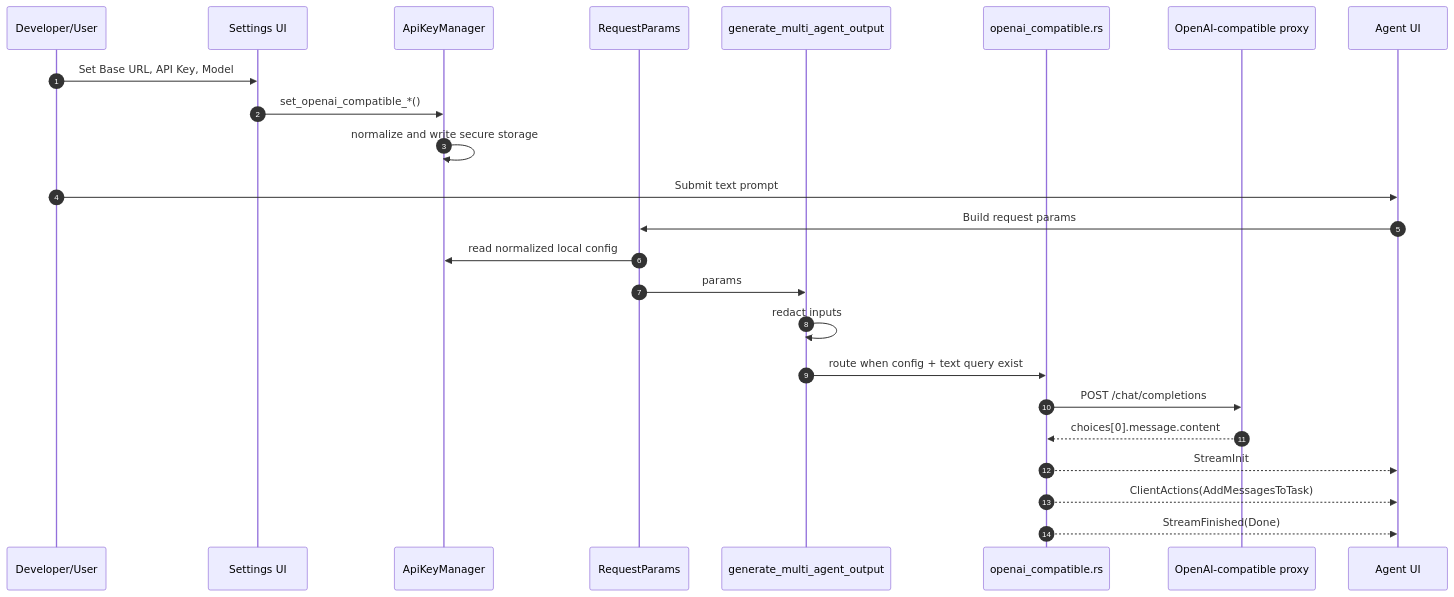
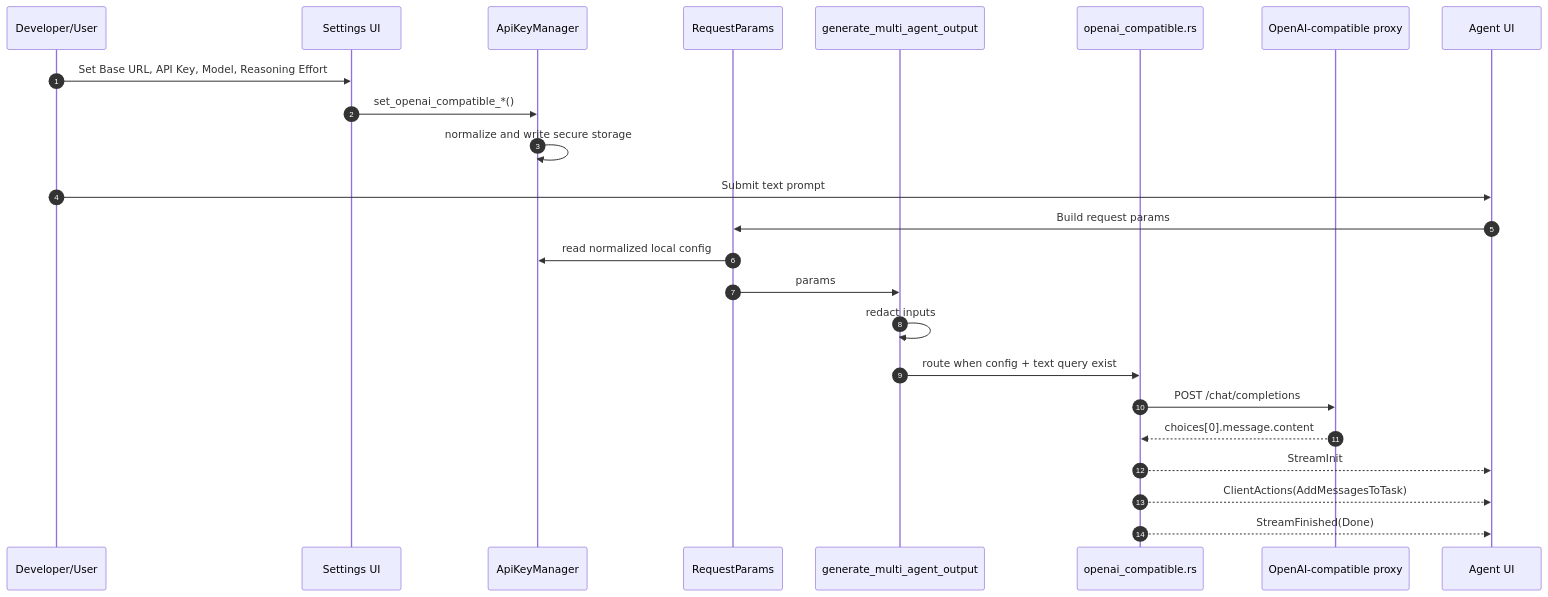
Before and after one commit to trungtai1805/warp: the second of 2 diagrams in docs/arch/openai-compatible-agent-endpoint.md, drawn with Mermaid. The commit also changed other lines of this file and 4 other files, not shown here.

Commit message:
feat: surface proxy model and reasoning effort

````diff
--- a/docs/arch/openai-compatible-agent-endpoint.md
+++ b/docs/arch/openai-compatible-agent-endpoint.md
@@ -96,28 +102,28 @@
 ```mermaid
 sequenceDiagram
     autonumber
     participant Dev as Developer/User
     participant UI as Settings UI
     participant KM as ApiKeyManager
     participant RP as RequestParams
     participant Impl as generate_multi_agent_output
     participant Adapter as openai_compatible.rs
     participant Proxy as OpenAI-compatible proxy
     participant Agent as Agent UI
 
-    Dev->>UI: Set Base URL, API Key, Model
+    Dev->>UI: Set Base URL, API Key, Model, Reasoning Effort
     UI->>KM: set_openai_compatible_*()
     KM->>KM: normalize and write secure storage
 
     Dev->>Agent: Submit text prompt
     Agent->>RP: Build request params
     RP->>KM: read normalized local config
     RP->>Impl: params
     Impl->>Impl: redact inputs
     Impl->>Adapter: route when config + text query exist
     Adapter->>Proxy: POST /chat/completions
     Proxy-->>Adapter: choices[0].message.content
     Adapter-->>Agent: StreamInit
     Adapter-->>Agent: ClientActions(AddMessagesToTask)
     Adapter-->>Agent: StreamFinished(Done)
 ```
````
